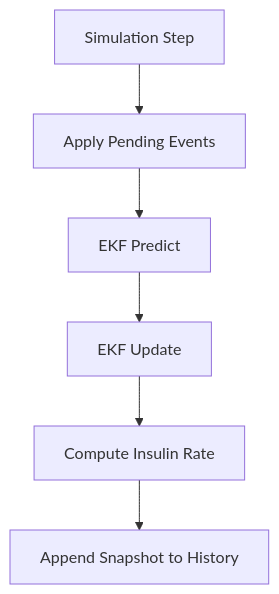
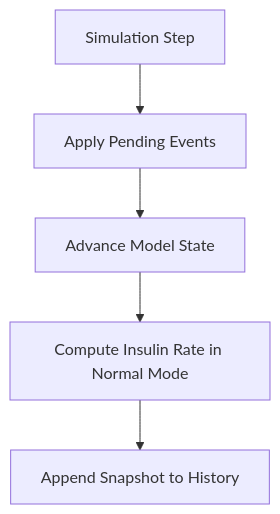
Before and after one commit to listi634/DT_BloodSugar_Insulin_Team1: the second of 2 diagrams in project_files/simulation_summary.md, drawn with Mermaid. The commit also changed other lines of this file and 19 other files, not shown here.

````diff
--- a/project_files/simulation_summary.md
+++ b/project_files/simulation_summary.md
@@ -173,8 +187,7 @@
 ```mermaid
 flowchart TD
   A[Simulation Step] --> B[Apply Pending Events]
-  B --> C[EKF Predict]
-  C --> D[EKF Update]
-  D --> E[Compute Insulin Rate]
-  E --> F[Append Snapshot to History]
+  B --> C[Advance Model State]
+  C --> D[Compute Insulin Rate in Normal Mode]
+  D --> E[Append Snapshot to History]
 ```
````
